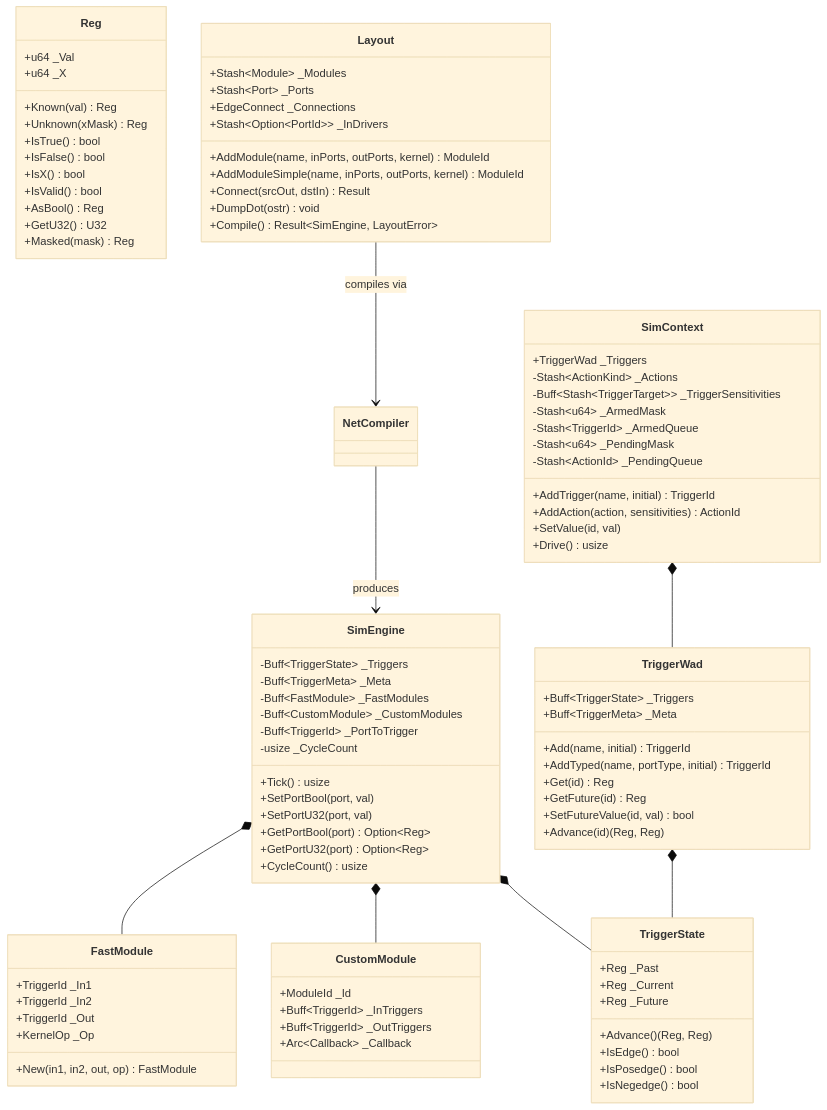
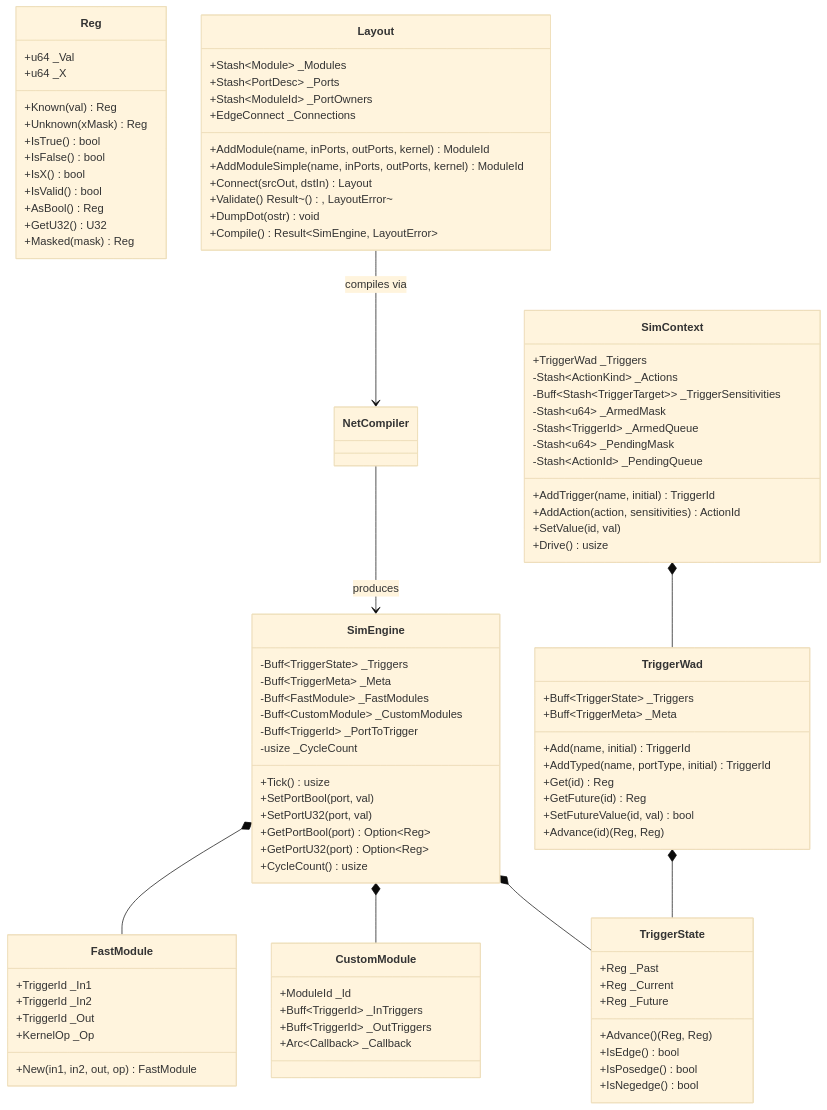
One commit to jswarup/Kosh changed the diagram in wiki/Rube.md. Above: the diagram before and after it, drawn with Mermaid (base theme). The commit also changed 7 other files, not shown here.

Commit message:
rube: adopt PortOwners SoA layout, streamline PortDesc, and move validation to Layout::Compile

```diff
--- a/wiki/Rube.md
+++ b/wiki/Rube.md
@@ -56,12 +56,13 @@
 
     class Layout {
         +Stash~Module~ _Modules
-        +Stash~Port~ _Ports
+        +Stash~PortDesc~ _Ports
+        +Stash~ModuleId~ _PortOwners
         +EdgeConnect _Connections
-        +Stash~Option~PortId~~ _InDrivers
         +AddModule(name, inPorts, outPorts, kernel) ModuleId
         +AddModuleSimple(name, inPorts, outPorts, kernel) ModuleId
-        +Connect(srcOut, dstIn) Result
+        +Connect(srcOut, dstIn) Layout
+        +Validate() Result~(), LayoutError~
         +DumpDot(ostr) void
         +Compile() Result~SimEngine, LayoutError~
     }
```
